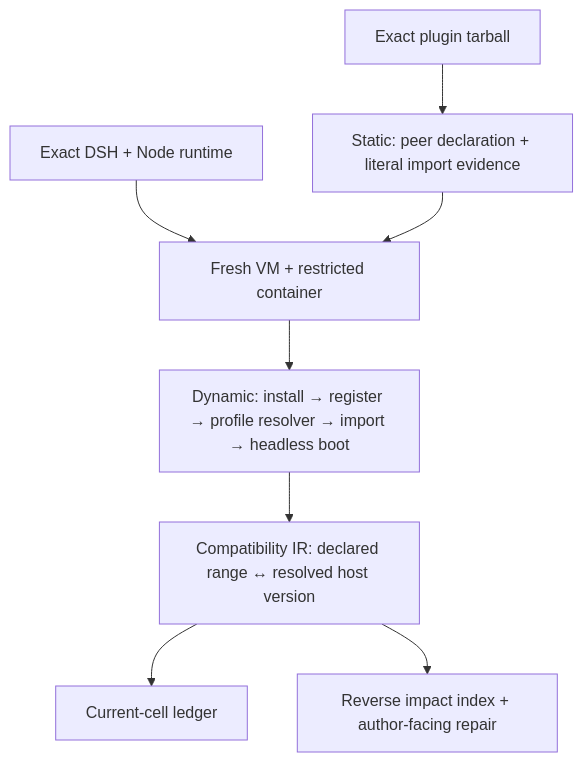
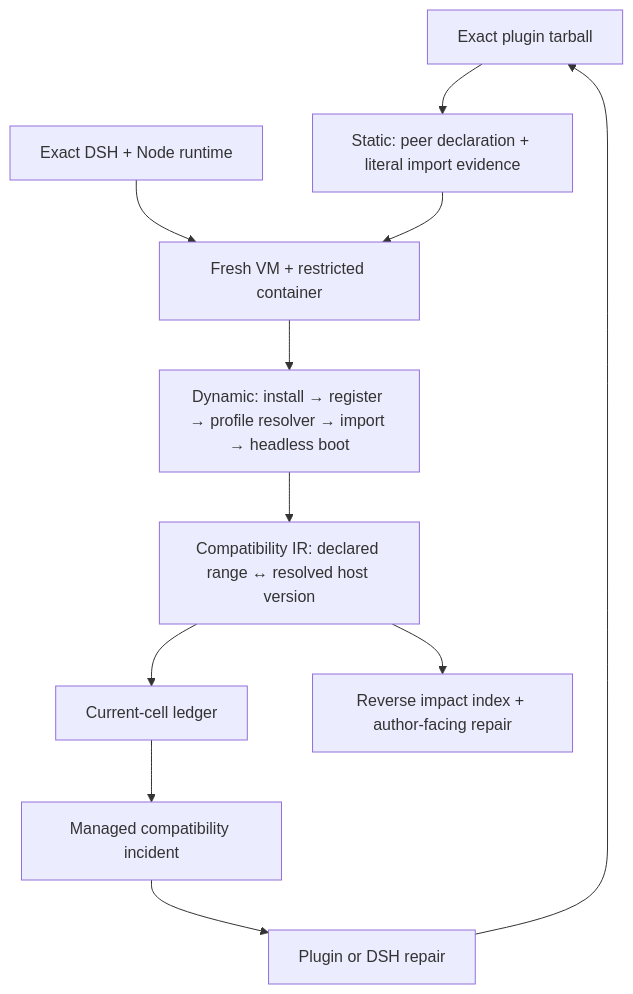
One commit to MicroMilo/upstream-radar changed the diagram in README.md. Above: the diagram before and after it, drawn with Mermaid. The commit also changed other lines of this file and 13 other files, not shown here.

Commit message:
feat: close the DSH compatibility incident loop

````diff
--- a/README.md
+++ b/README.md
@@ -23,10 +23,13 @@
 ```mermaid
 flowchart TB
   Artifact["Exact plugin tarball"] --> Static["Static: peer declaration + literal import evidence"]
   DSH["Exact DSH + Node runtime"] --> Runtime["Fresh VM + restricted container"]
   Static --> Runtime
   Runtime --> Resolve["Dynamic: install → register → profile resolver → import → headless boot"]
   Resolve --> IR["Compatibility IR: declared range ↔ resolved host version"]
   IR --> Ledger["Current-cell ledger"]
   IR --> Impact["Reverse impact index + author-facing repair"]
+  Ledger --> Incident["Managed compatibility incident"]
+  Incident --> Repair["Plugin or DSH repair"]
+  Repair --> Artifact
 ```
````
